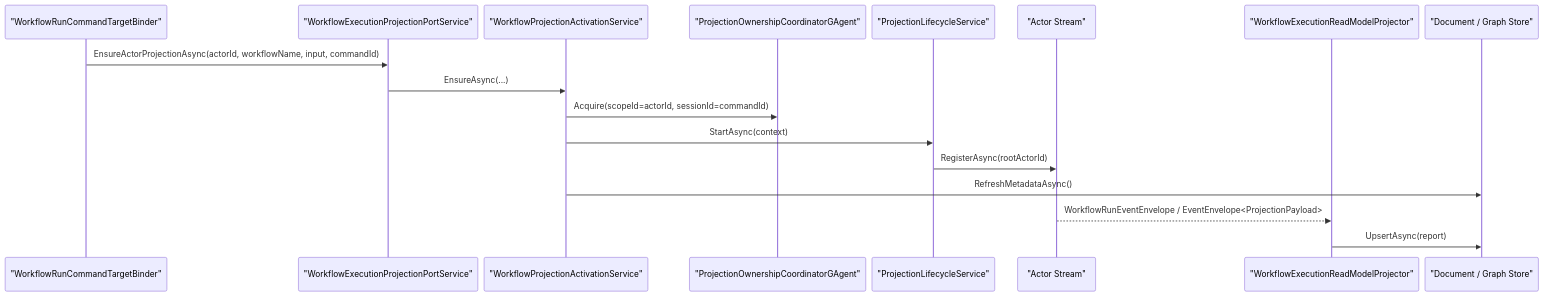
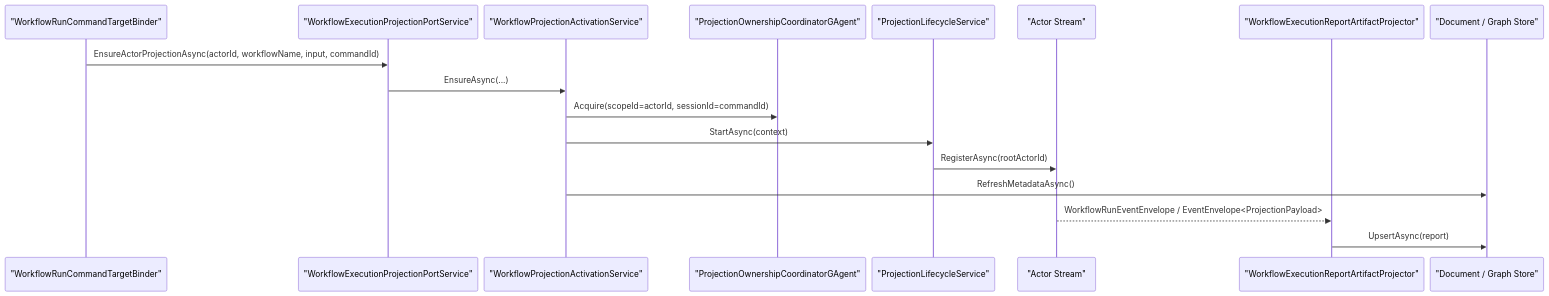
Before and after one commit to aevatarAI/aevatar: the second of 3 diagrams in docs/architecture/2026-03-15-cqrs-projection-readmodels-architecture.md, drawn with Mermaid. The commit also changed other lines of this file and 83 other files, not shown here.

First line of the commit message:
Refactor ReadModel Architecture and Update Projector Responsibilities

````diff
--- a/docs/architecture/2026-03-15-cqrs-projection-readmodels-architecture.md
+++ b/docs/architecture/2026-03-15-cqrs-projection-readmodels-architecture.md
@@ -282,21 +282,21 @@
 ```mermaid
 %%{init: {"maxTextSize": 100000, "sequence": {"actorMargin": 12, "messageMargin": 12, "diagramMarginX": 8, "diagramMarginY": 8}, "themeVariables": {"fontSize": "10px"}}}%%
 sequenceDiagram
     participant A as "WorkflowRunCommandTargetBinder"
     participant B as "WorkflowExecutionProjectionPortService"
     participant C as "WorkflowProjectionActivationService"
     participant D as "ProjectionOwnershipCoordinatorGAgent"
     participant E as "ProjectionLifecycleService"
     participant F as "Actor Stream"
-    participant G as "WorkflowExecutionReadModelProjector"
+    participant G as "WorkflowExecutionReportArtifactProjector"
     participant H as "Document / Graph Store"
 
     A->>B: EnsureActorProjectionAsync(actorId, workflowName, input, commandId)
     B->>C: EnsureAsync(...)
     C->>D: Acquire(scopeId=actorId, sessionId=commandId)
     C->>E: StartAsync(context)
     E->>F: RegisterAsync(rootActorId)
     C->>H: RefreshMetadataAsync()
     F-->>G: WorkflowRunEventEnvelope / EventEnvelope<ProjectionPayload>
     G->>H: UpsertAsync(report)
 ```
````
